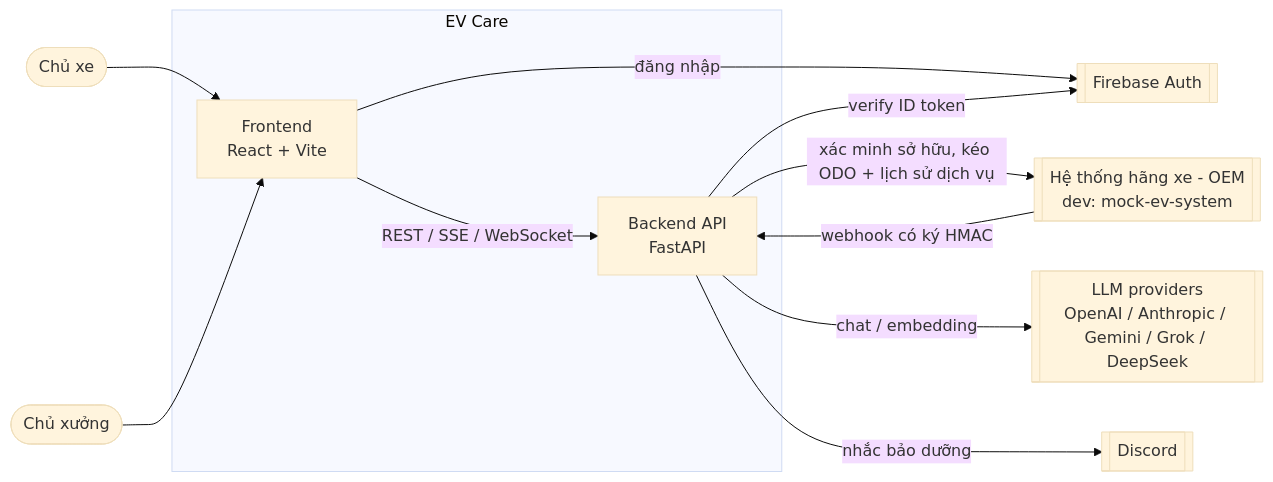
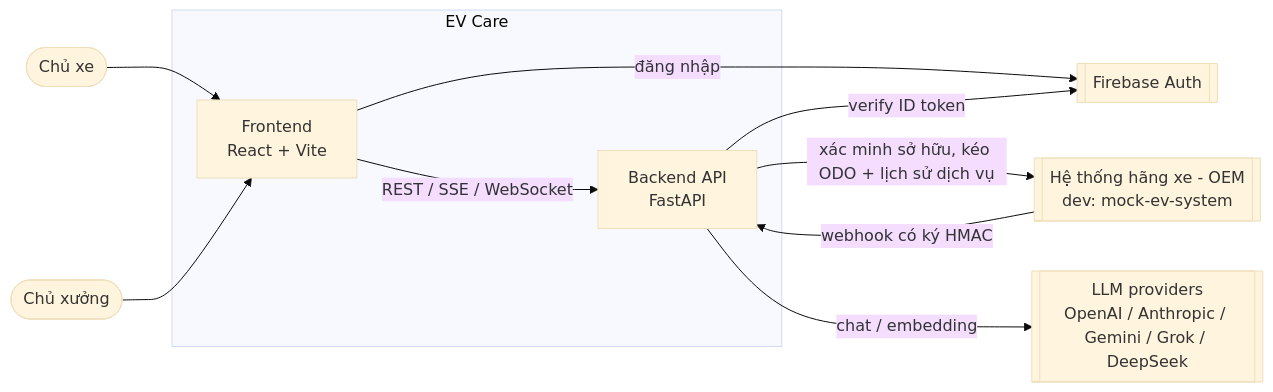
One commit to tungld9999blacksmith/mvp-40-days-deployments-team-146 changed the first of 7 diagrams in docs/architecture.md. Above: the diagram before and after it, drawn with Mermaid (base theme). The commit also changed other lines of this file and 505 other files, not shown here.

````diff
--- a/docs/architecture.md
+++ b/docs/architecture.md
@@ -17,25 +19,23 @@
 ```mermaid
 flowchart LR
     Owner([Chủ xe])
     WsOwner([Chủ xưởng])
 
     subgraph EVCare[EV Care]
         FE[Frontend<br/>React + Vite]
         BE[Backend API<br/>FastAPI]
     end
 
     Firebase[[Firebase Auth]]
     OEM[[Hệ thống hãng xe - OEM<br/>dev: mock-ev-system]]
     LLM[[LLM providers<br/>OpenAI / Anthropic / Gemini / Grok / DeepSeek]]
-    Discord[[Discord]]
 
     Owner --> FE
     WsOwner --> FE
     FE -- REST / SSE / WebSocket --> BE
     FE -- đăng nhập --> Firebase
     BE -- verify ID token --> Firebase
     BE -- xác minh sở hữu, kéo ODO + lịch sử dịch vụ --> OEM
     OEM -- webhook có ký HMAC --> BE
     BE -- chat / embedding --> LLM
-    BE -- nhắc bảo dưỡng --> Discord
 ```
````
